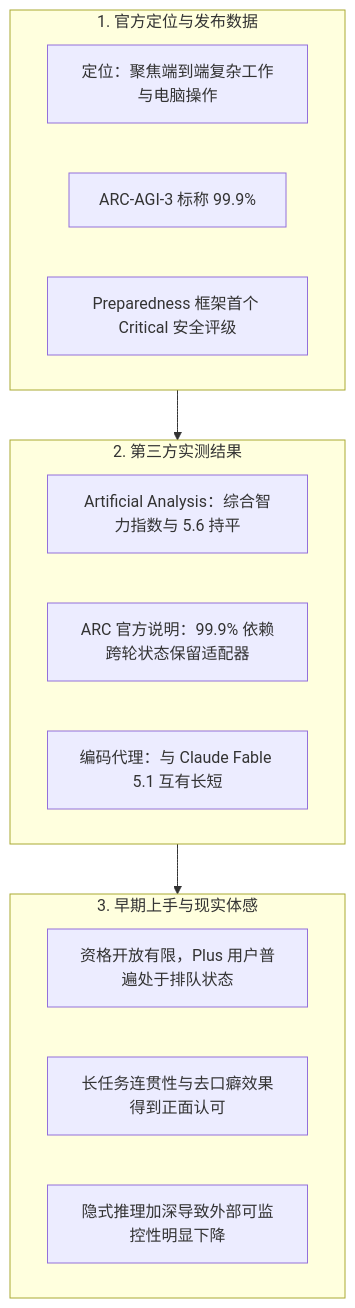
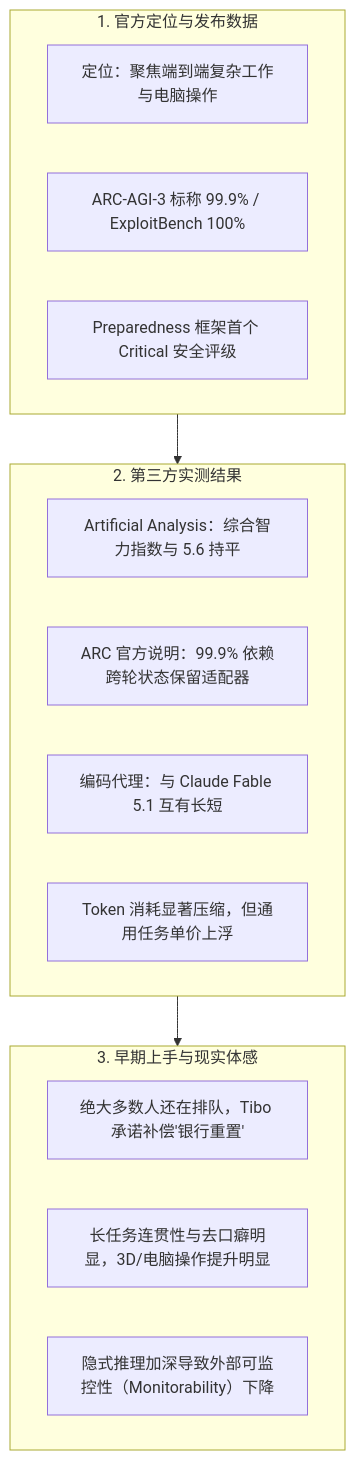
Before and after one commit to topmindspace/topstream: the diagram in notes/gpt-6-astra-overview-and-discussion.md, drawn with Mermaid. The commit also changed other lines of this file, not shown here.

````diff
--- a/notes/gpt-6-astra-overview-and-discussion.md
+++ b/notes/gpt-6-astra-overview-and-discussion.md
@@ -14,23 +14,24 @@
 ```mermaid
 flowchart TD
     subgraph 官方公开信息["1. 官方定位与发布数据"]
         A1["定位：聚焦端到端复杂工作与电脑操作"]
-        A2["ARC-AGI-3 标称 99.9%"]
+        A2["ARC-AGI-3 标称 99.9% / ExploitBench 100%"]
         A3["Preparedness 框架首个 Critical 安全评级"]
     end
 
     subgraph 独立测试机构["2. 第三方实测结果"]
         B1["Artificial Analysis：综合智力指数与 5.6 持平"]
         B2["ARC 官方说明：99.9% 依赖跨轮状态保留适配器"]
         B3["编码代理：与 Claude Fable 5.1 互有长短"]
+        B4["Token 消耗显著压缩，但通用任务单价上浮"]
     end
 
     subgraph 社区与开发者["3. 早期上手与现实体感"]
-        C1["资格开放有限，Plus 用户普遍处于排队状态"]
-        C2["长任务连贯性与去口癖效果得到正面认可"]
-        C3["隐式推理加深导致外部可监控性明显下降"]
+        C1["绝大多数人还在排队，Tibo 承诺补偿'银行重置'"]
+        C2["长任务连贯性与去口癖明显，3D/电脑操作提升明显"]
+        C3["隐式推理加深导致外部可监控性（Monitorability）下降"]
     end
 
     官方公开信息 --> 独立测试机构
     独立测试机构 --> 社区与开发者
 ```
````
